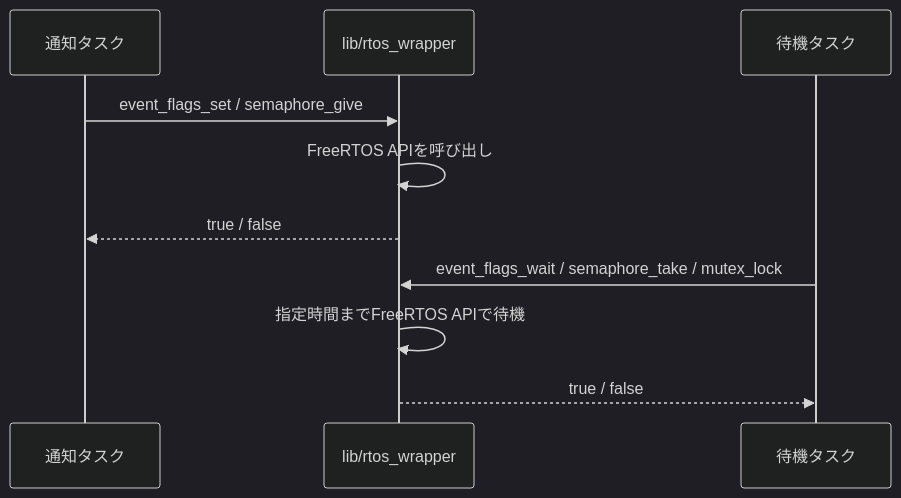
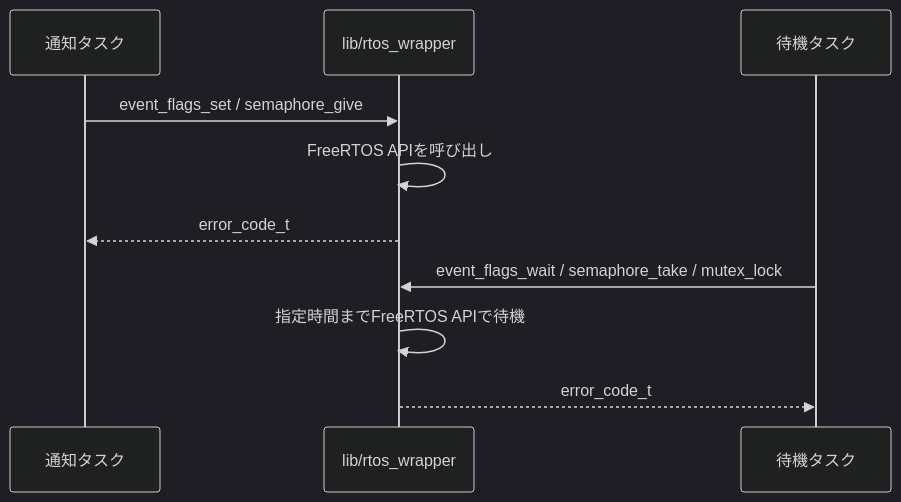
One commit to starkensan/usb_midi_pedal changed the second of 2 diagrams in docs/designs/rtos-synchronization.md. Above: the diagram before and after it, drawn with Mermaid (dark theme). The commit also changed other lines of this file and 1 other file, not shown here.

Commit message:
docs: RTOS結果コードの説明を更新 refs #72

````diff
--- a/docs/designs/rtos-synchronization.md
+++ b/docs/designs/rtos-synchronization.md
@@ -71,13 +71,13 @@
 ```mermaid
 sequenceDiagram
     participant Producer as 通知タスク
     participant API as lib/rtos_wrapper
     participant Consumer as 待機タスク
 
     Producer->>API: event_flags_set / semaphore_give
     API->>API: FreeRTOS APIを呼び出し
-    API-->>Producer: true / false
+    API-->>Producer: error_code_t
     Consumer->>API: event_flags_wait / semaphore_take / mutex_lock
     API->>API: 指定時間までFreeRTOS APIで待機
-    API-->>Consumer: true / false
+    API-->>Consumer: error_code_t
 ```
````
